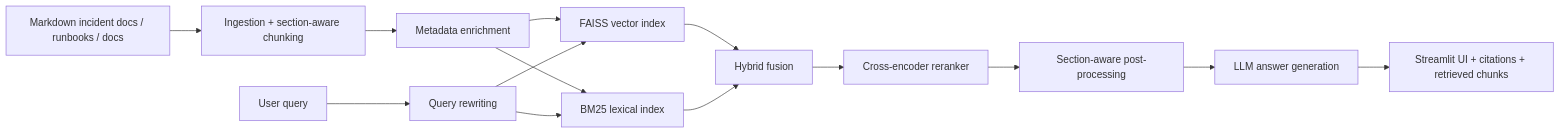
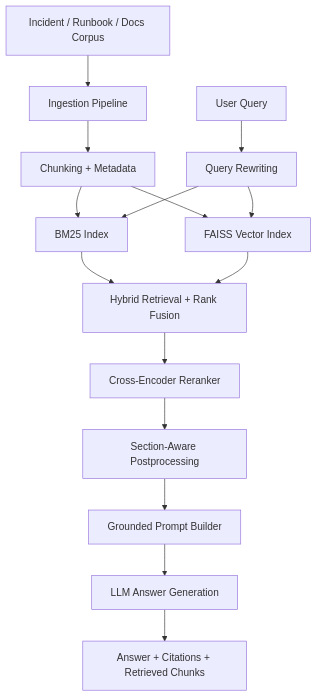
Before and after one commit to vamsi513/incident-memory-ai: the diagram in README.md, drawn with Mermaid. The commit also changed other lines of this file and 4 other files, not shown here.

````diff
--- a/README.md
+++ b/README.md
@@ -37,16 +56,17 @@
 ```mermaid
-flowchart LR
-    A["Markdown incident docs / runbooks / docs"] --> B["Ingestion + section-aware chunking"]
-    B --> C["Metadata enrichment"]
-    C --> D["FAISS vector index"]
-    C --> E["BM25 lexical index"]
-    F["User query"] --> G["Query rewriting"]
-    G --> D
-    G --> E
-    D --> H["Hybrid fusion"]
-    E --> H
-    H --> I["Cross-encoder reranker"]
-    I --> J["Section-aware post-processing"]
-    J --> K["LLM answer generation"]
-    K --> L["Streamlit UI + citations + retrieved chunks"]
+flowchart TD
+    A[Incident / Runbook / Docs Corpus] --> B[Ingestion Pipeline]
+    B --> C[Chunking + Metadata]
+    C --> D1[BM25 Index]
+    C --> D2[FAISS Vector Index]
+    Q[User Query] --> R[Query Rewriting]
+    R --> D1
+    R --> D2
+    D1 --> F[Hybrid Retrieval + Rank Fusion]
+    D2 --> F
+    F --> G[Cross-Encoder Reranker]
+    G --> H[Section-Aware Postprocessing]
+    H --> I[Grounded Prompt Builder]
+    I --> J[LLM Answer Generation]
+    J --> K[Answer + Citations + Retrieved Chunks]
 ```
````
